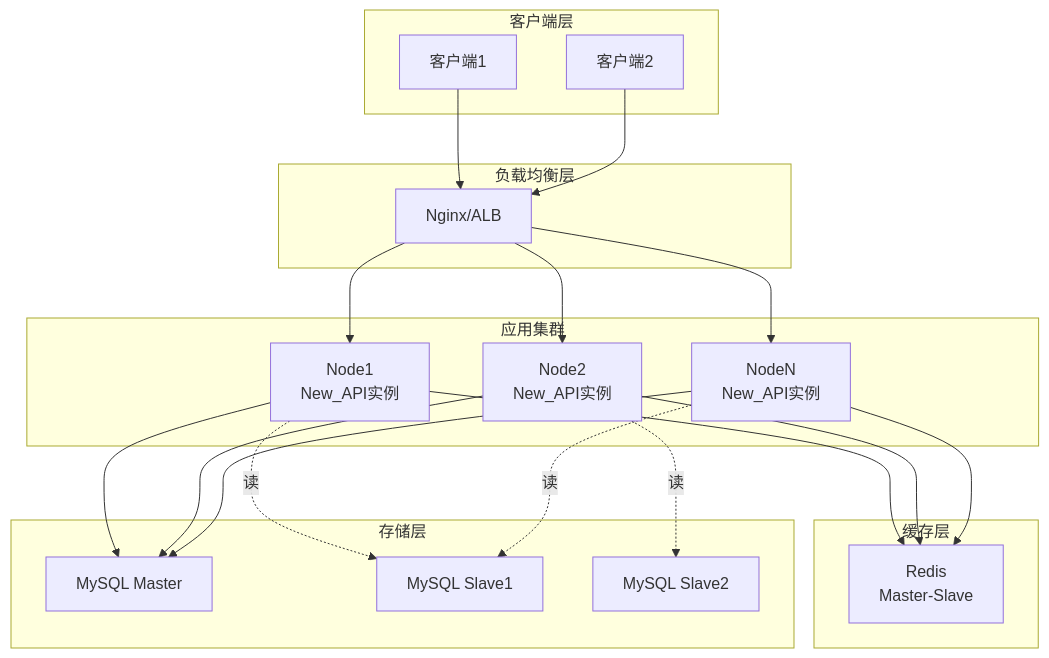
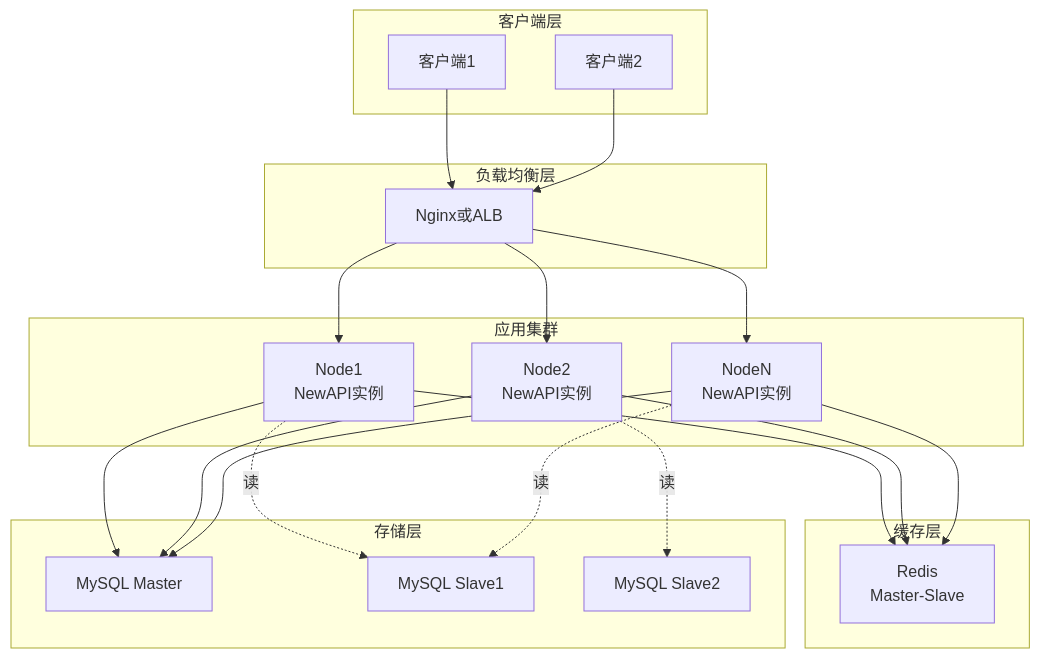
One commit to WoolenWang/new-api changed the seventh of 7 diagrams in docs/NewAPI-支持多种包月套餐-优化版.md. Above: the diagram before and after it, drawn with Mermaid. The commit also changed other lines of this file, not shown here.

````diff
--- a/docs/NewAPI-支持多种包月套餐-优化版.md
+++ b/docs/NewAPI-支持多种包月套餐-优化版.md
@@ -1200,46 +1399,46 @@
 ```mermaid
 graph TB
     subgraph client_layer ["客户端层"]
         Client1["客户端1"]
         Client2["客户端2"]
     end
 
     subgraph lb_layer ["负载均衡层"]
-        LB["Nginx/ALB"]
+        LB["Nginx或ALB"]
     end
 
     subgraph app_layer ["应用集群"]
-        Node1["Node1<br>New_API实例"]
-        Node2["Node2<br>New_API实例"]
-        Node3["NodeN<br>New_API实例"]
+        Node1["Node1<br>NewAPI实例"]
+        Node2["Node2<br>NewAPI实例"]
+        Node3["NodeN<br>NewAPI实例"]
     end
 
     subgraph cache_layer ["缓存层"]
         RedisCluster["Redis<br>Master-Slave"]
     end
 
     subgraph storage_layer ["存储层"]
         DBMaster["MySQL Master"]
         DBSlave1["MySQL Slave1"]
         DBSlave2["MySQL Slave2"]
     end
 
     Client1 --> LB
     Client2 --> LB
 
     LB --> Node1
     LB --> Node2
     LB --> Node3
 
     Node1 --> RedisCluster
     Node2 --> RedisCluster
     Node3 --> RedisCluster
 
     Node1 --> DBMaster
     Node2 --> DBMaster
     Node3 --> DBMaster
 
     Node1 -.读.-> DBSlave1
     Node2 -.读.-> DBSlave2
     Node3 -.读.-> DBSlave1
 ```
````
